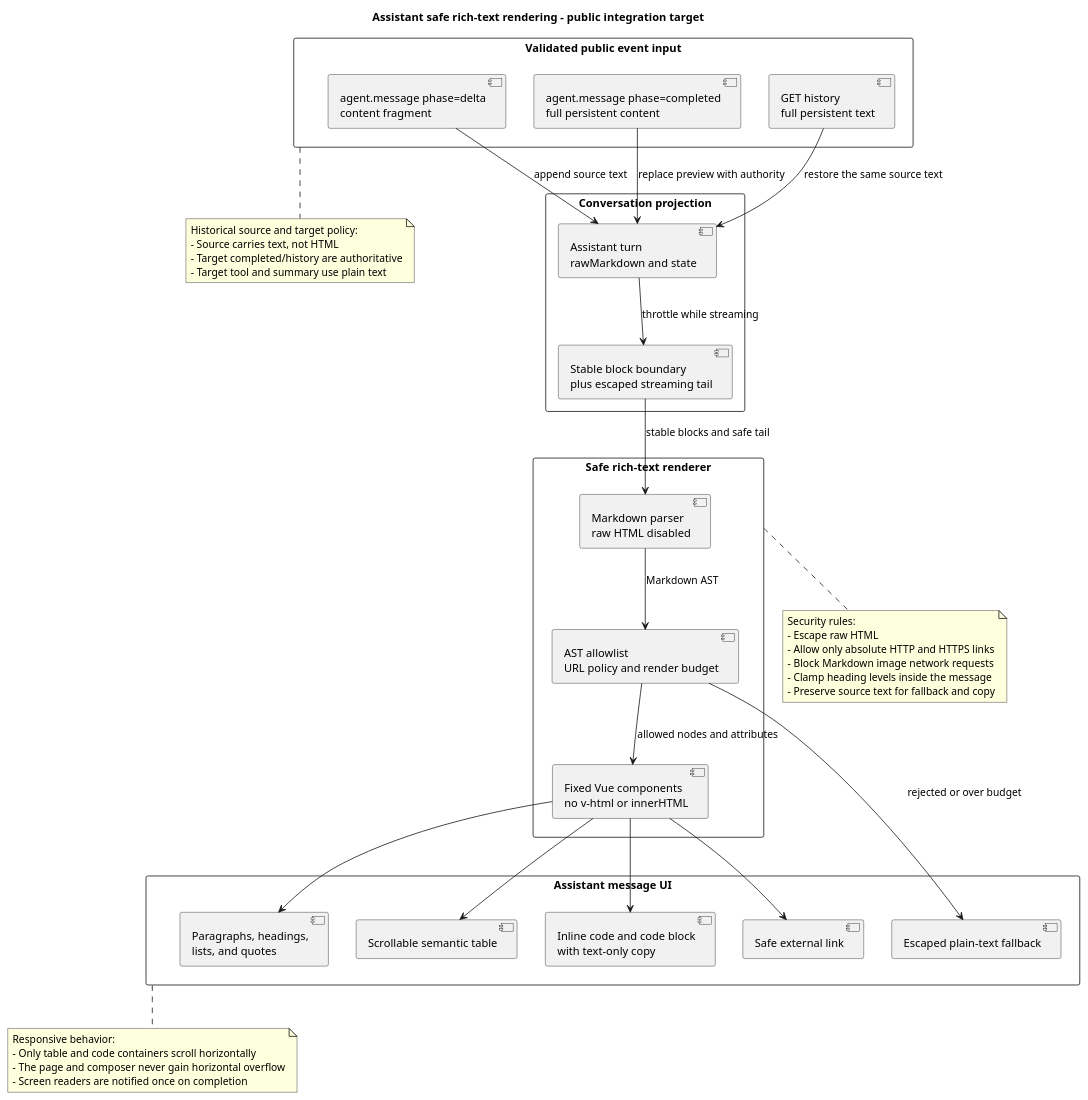
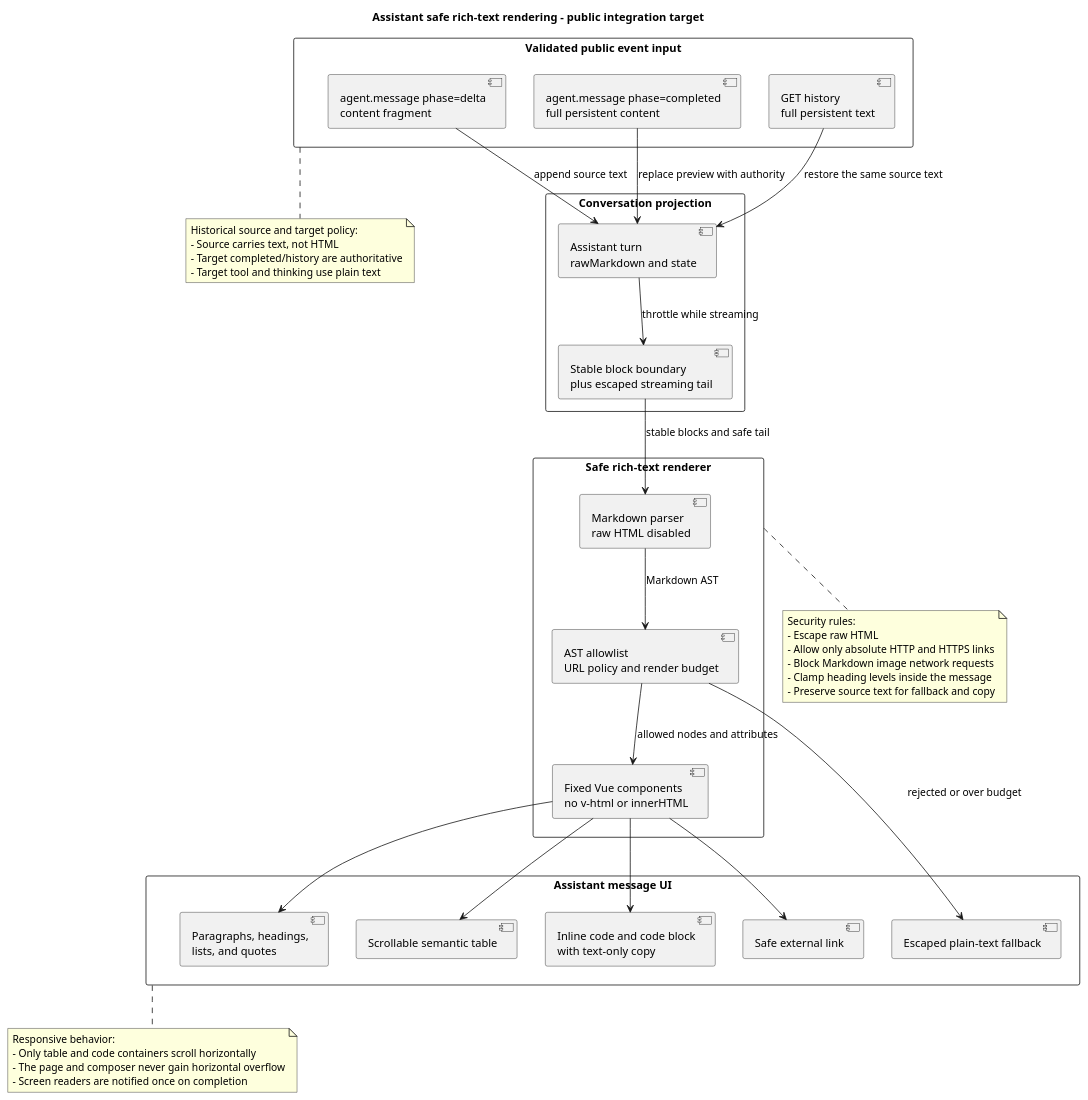
One commit to ssm0808/pi-mono-java-design changed the third of 6 diagrams in 01-总体架构/04-CampusClaw前端体验/diagram.puml. Above: the diagram before and after it, drawn with PlantUML. The commit also changed other lines of this file and 37 other files, not shown here.

```diff
--- a/01-总体架构/04-CampusClaw前端体验/diagram.puml
+++ b/01-总体架构/04-CampusClaw前端体验/diagram.puml
@@ -133,78 +133,78 @@
 @startuml assistant_rich_text_rendering
 ' Source baseline: pi-mono-java bde123706305a41e51c9a47b22e6ad11bbd8204c.
 ' Historical evidence below; dfb90ca frontend/package.json already includes markdown-it.
 ' Target decision: reuse the parser with a public content policy, not raw debugger visibility.
 ' Source evidence: frontend/src/components/ConversationTimeline.vue lines 37-49 (assistant text interpolation).
 ' Source evidence: frontend/src/projectors/runtimeEventProjector.ts lines 40-55 (projectAssistantEvent) and 133-145 (text extraction).
 ' Source evidence: frontend/src/style.css lines 784-789 (.assistant-message plain pre-wrap styling).
 ' Source evidence: modules/coding-agent-cli/src/main/java/com/campusclaw/codingagent/runtimeapi/event/RuntimeEventProjector.java lines 149-176 and 215-238.
 ' Source evidence: modules/coding-agent-cli/src/main/java/com/campusclaw/codingagent/runtimeapi/event/RuntimeEntryCodec.java lines 67-88, 195-210, 430-442, and 557-601.
 ' Observed behavior: assistant text is preserved across delta, completed entry, SSE, and history but the current Vue component renders it as plain text.
 ' Target-only design: the Markdown parser, safe AST policy, Vue rich-text components, and rendering budget are not implemented at this baseline.
 ' Security hardening: raw HTML, remote Markdown images, relative application routes, and dangerous URL schemes never become active DOM.
 ' Design reason: use one raw Markdown source and one renderer so streaming, completion, and history recovery converge to equivalent UI.
 
 title Assistant safe rich-text rendering - public integration target
 top to bottom direction
 
 rectangle "Validated public event input" as Input {
   component "agent.message phase=delta\ncontent fragment" as Delta
   component "agent.message phase=completed\nfull persistent content" as Completed
   component "GET history\nfull persistent text" as History
 }
 
 rectangle "Conversation projection" as Projection {
   component "Assistant turn\nrawMarkdown and state" as Raw
   component "Stable block boundary\nplus escaped streaming tail" as Stable
 }
 
 rectangle "Safe rich-text renderer" as Renderer {
   component "Markdown parser\nraw HTML disabled" as Parser
   component "AST allowlist\nURL policy and render budget" as Policy
   component "Fixed Vue components\nno v-html or innerHTML" as Vue
 }
 
 rectangle "Assistant message UI" as UI {
   component "Paragraphs, headings,\nlists, and quotes" as Prose
   component "Scrollable semantic table" as Table
   component "Inline code and code block\nwith text-only copy" as Code
   component "Safe external link" as Link
   component "Escaped plain-text fallback" as Fallback
 }
 
 Delta --> Raw : append source text
 Completed --> Raw : replace preview with authority
 History --> Raw : restore the same source text
 Raw --> Stable : throttle while streaming
 Stable --> Parser : stable blocks and safe tail
 Parser --> Policy : Markdown AST
 Policy --> Vue : allowed nodes and attributes
 Policy --> Fallback : rejected or over budget
 Vue --> Prose
 Vue --> Table
 Vue --> Code
 Vue --> Link
 
 note bottom of Input
 Historical source and target policy:
 - Source carries text, not HTML
 - Target completed/history are authoritative
-- Target tool and summary use plain text
+- Target tool and thinking use plain text
 end note
 
 note bottom of Renderer
 Security rules:
 - Escape raw HTML
 - Allow only absolute HTTP and HTTPS links
 - Block Markdown image network requests
 - Clamp heading levels inside the message
 - Preserve source text for fallback and copy
 end note
 
 note bottom of UI
 Responsive behavior:
 - Only table and code containers scroll horizontally
 - The page and composer never gain horizontal overflow
 - Screen readers are notified once on completion
 end note
 @enduml
```
